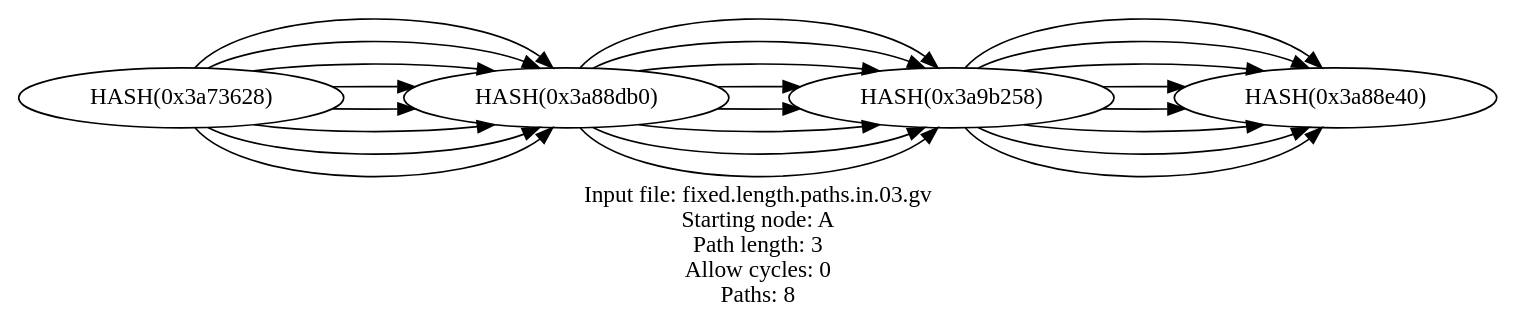
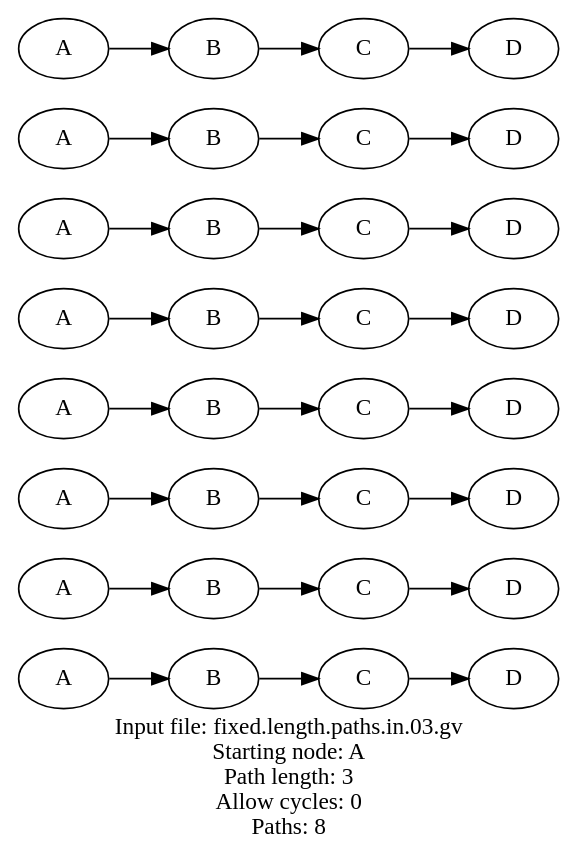
The diagram in out/fixed.length.paths.out.03.gv (graphviz-perl/GraphViz2-Marpa-PathUtils), drawn with Graphviz before and after one commit. The commit also changed 6 other files, not shown here.

```diff
--- a/out/fixed.length.paths.out.03.gv
+++ b/out/fixed.length.paths.out.03.gv
@@ -1,46 +1,46 @@
 digraph fixed_length_paths
 {
 	label = "Input file: fixed.length.paths.in.03.gv\nStarting node: A\nPath length: 3\nAllow cycles: 0\nPaths: 8" rankdir = LR
 
-	"A" [label = "HASH(0x3a8d2e8)"]
-	"B" [label = "HASH(0x3d1fbf8)"]
-	"C" [label = "HASH(0x3be7ec8)"]
-	"D" [label = "HASH(0x3ab78d0)"]
-	"A" [label = "HASH(0x3ab7828)"]
-	"B" [label = "HASH(0x3a91ff0)"]
-	"C" [label = "HASH(0x3abfe48)"]
-	"D" [label = "HASH(0x3aa9008)"]
-	"A" [label = "HASH(0x3bff748)"]
-	"B" [label = "HASH(0x3a40c70)"]
-	"C" [label = "HASH(0x3a07f68)"]
-	"D" [label = "HASH(0x3a73688)"]
-	"A" [label = "HASH(0x3a8d0c0)"]
-	"B" [label = "HASH(0x3ab3740)"]
-	"C" [label = "HASH(0x3a3e520)"]
-	"D" [label = "HASH(0x3a35738)"]
-	"A" [label = "HASH(0x3a39b88)"]
-	"B" [label = "HASH(0x39e7070)"]
-	"C" [label = "HASH(0x3a54658)"]
-	"D" [label = "HASH(0x39e9120)"]
-	"A" [label = "HASH(0x3a2e488)"]
-	"B" [label = "HASH(0x3a57b20)"]
-	"C" [label = "HASH(0x3a8c7a8)"]
-	"D" [label = "HASH(0x3a73400)"]
-	"A" [label = "HASH(0x3a545b0)"]
-	"B" [label = "HASH(0x3a57040)"]
-	"C" [label = "HASH(0x3a88e10)"]
-	"D" [label = "HASH(0x3a56be0)"]
-	"A" [label = "HASH(0x3a73628)"]
-	"B" [label = "HASH(0x3a88db0)"]
-	"C" [label = "HASH(0x3a9b258)"]
-	"D" [label = "HASH(0x3a88e40)"]
+	"1" [label = "A"]
+	"2" [label = "B"]
+	"3" [label = "C"]
+	"4" [label = "D"]
+	"5" [label = "A"]
+	"6" [label = "B"]
+	"7" [label = "C"]
+	"8" [label = "D"]
+	"9" [label = "A"]
+	"10" [label = "B"]
+	"11" [label = "C"]
+	"12" [label = "D"]
+	"13" [label = "A"]
+	"14" [label = "B"]
+	"15" [label = "C"]
+	"16" [label = "D"]
+	"17" [label = "A"]
+	"18" [label = "B"]
+	"19" [label = "C"]
+	"20" [label = "D"]
+	"21" [label = "A"]
+	"22" [label = "B"]
+	"23" [label = "C"]
+	"24" [label = "D"]
+	"25" [label = "A"]
+	"26" [label = "B"]
+	"27" [label = "C"]
+	"28" [label = "D"]
+	"29" [label = "A"]
+	"30" [label = "B"]
+	"31" [label = "C"]
+	"32" [label = "D"]
 
-	"A"  ->  "B"  ->  "C"  ->  "D"
-	"A"  ->  "B"  ->  "C"  ->  "D"
-	"A"  ->  "B"  ->  "C"  ->  "D"
-	"A"  ->  "B"  ->  "C"  ->  "D"
-	"A"  ->  "B"  ->  "C"  ->  "D"
-	"A"  ->  "B"  ->  "C"  ->  "D"
-	"A"  ->  "B"  ->  "C"  ->  "D"
-	"A"  ->  "B"  ->  "C"  ->  "D"
+	"1"  ->  "2"  ->  "3"  ->  "4"
+	"5"  ->  "6"  ->  "7"  ->  "8"
+	"9"  ->  "10"  ->  "11"  ->  "12"
+	"13"  ->  "14"  ->  "15"  ->  "16"
+	"17"  ->  "18"  ->  "19"  ->  "20"
+	"21"  ->  "22"  ->  "23"  ->  "24"
+	"25"  ->  "26"  ->  "27"  ->  "28"
+	"29"  ->  "30"  ->  "31"  ->  "32"
 }
```
